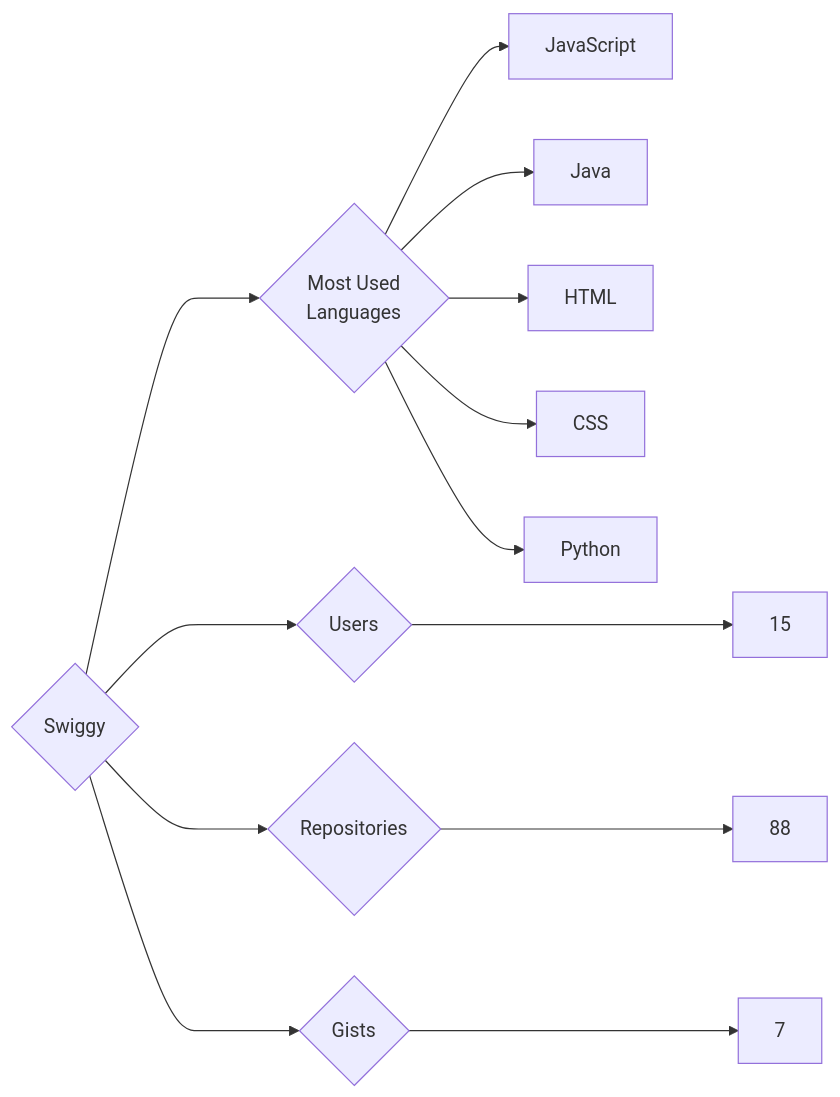
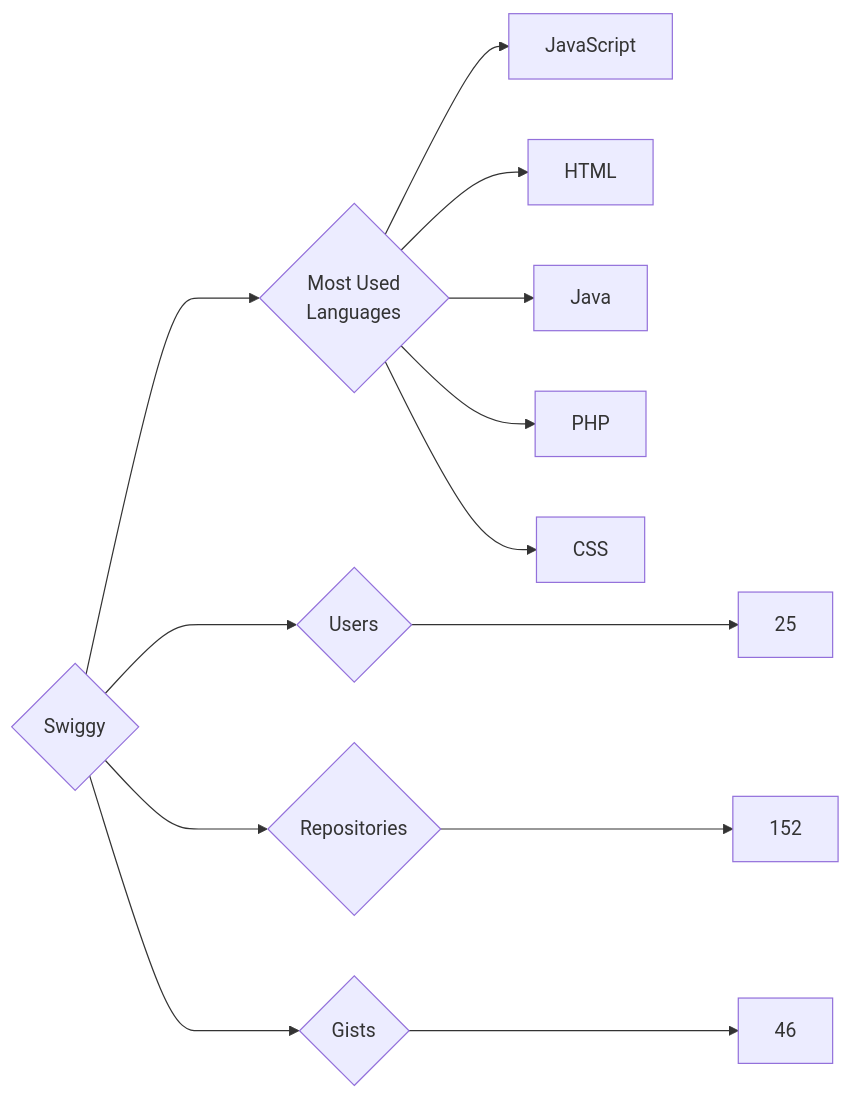
The diagram in targets/Swiggy/README.md (trickest/insiders), drawn with Mermaid before and after one commit. The commit also changed 965 other files, not shown here.

````diff
--- a/targets/Swiggy/README.md
+++ b/targets/Swiggy/README.md
@@ -3,13 +3,13 @@
 ```mermaid
 graph LR
 COMPANY_NAME{Swiggy}
-COMPANY_NAME ---> U{Users} ---> UN[15]
-COMPANY_NAME ---> R{Repositories} ---> RN[88]
-COMPANY_NAME ---> G{Gists} ---> GN[7]
+COMPANY_NAME ---> U{Users} ---> UN[25]
+COMPANY_NAME ---> R{Repositories} ---> RN[152]
+COMPANY_NAME ---> G{Gists} ---> GN[46]
 COMPANY_NAME ---> ML{Most Used<br>Languages}
 ML --> JavaScript[JavaScript]
+ML --> HTML[HTML]
 ML --> Java[Java]
-ML --> HTML[HTML]
+ML --> PHP[PHP]
 ML --> CSS[CSS]
-ML --> Python[Python]
 ```
````
